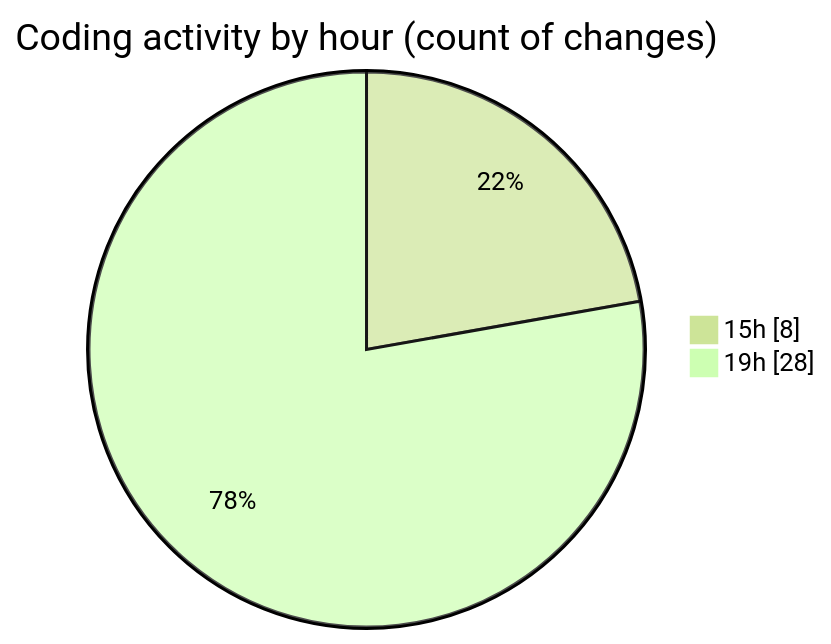
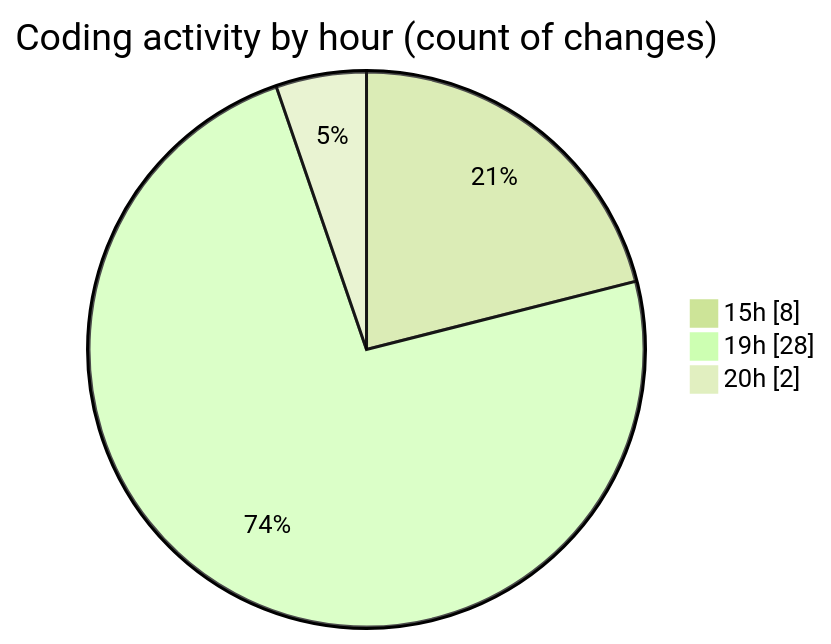
One commit to Ritupan-Deka/code-tracking changed the second of 2 diagrams in 2025-01-26/search/README.md. Above: the diagram before and after it, drawn with Mermaid (forest theme). The commit also changed other lines of this file and 1 other file, not shown here.

````diff
--- a/2025-01-26/search/README.md
+++ b/2025-01-26/search/README.md
@@ -31,6 +31,7 @@
 ```mermaid
 pie showData
 title Coding activity by hour (count of changes)
 "15h" : 8
 "19h" : 28
+"20h" : 2
 ```
````
